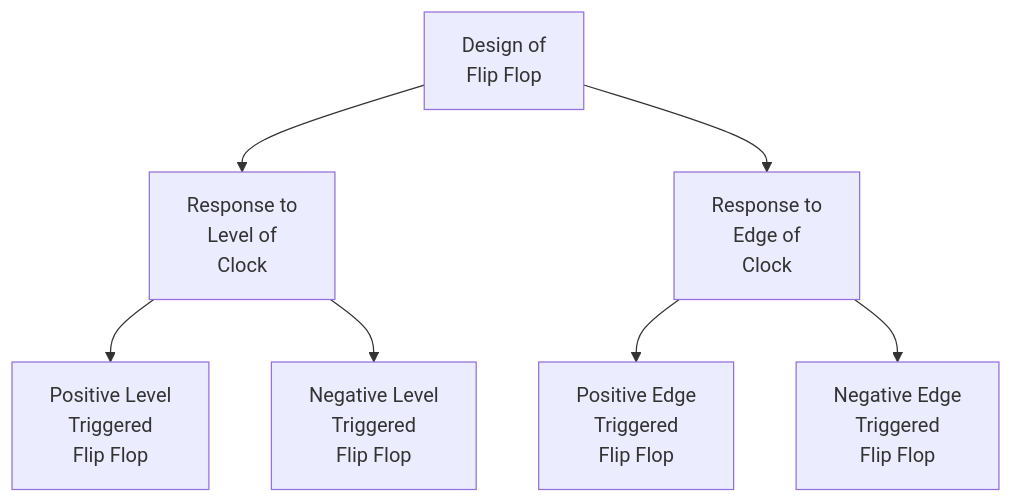
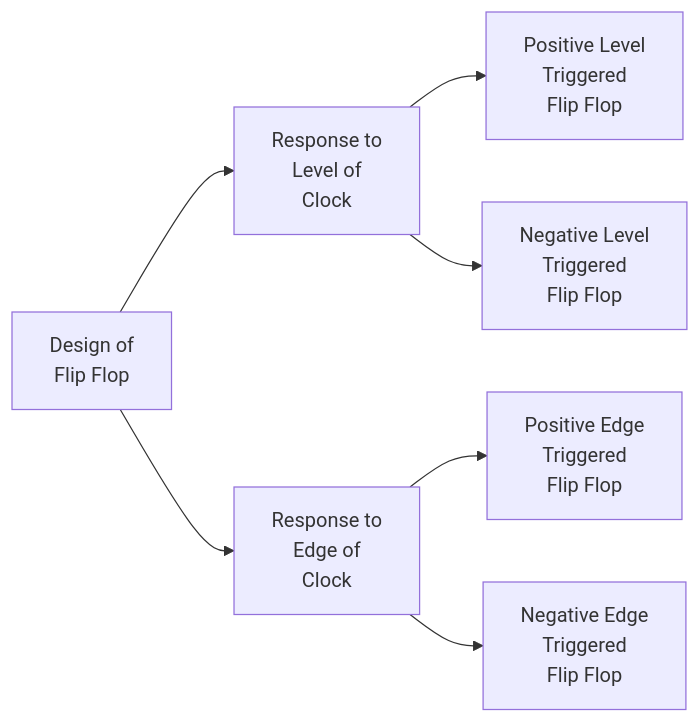
One commit to supremeimposter/My-Vault changed the diagram in GATE/Digital-Logic/Sequential Circuits/Flip Flop.md. Above: the diagram before and after it, drawn with Mermaid. The commit also changed other lines of this file and 7 other files, not shown here.

````diff
--- a/GATE/Digital-Logic/Sequential Circuits/Flip Flop.md
+++ b/GATE/Digital-Logic/Sequential Circuits/Flip Flop.md
@@ -16,9 +17,9 @@
 ```mermaid
-flowchart TD
+flowchart LR
 A[Design of\nFlip Flop] --> B[Response to\nLevel of\nClock]
 A --> C[Response to\nEdge of\nClock]
 B --> D[Positive Level\nTriggered \nFlip Flop]
 B --> E[Negative Level\nTriggered \nFlip Flop]
 C --> F[Positive Edge\nTriggered \nFlip Flop]
 C --> G[Negative Edge\nTriggered \nFlip Flop]
 ```
````
